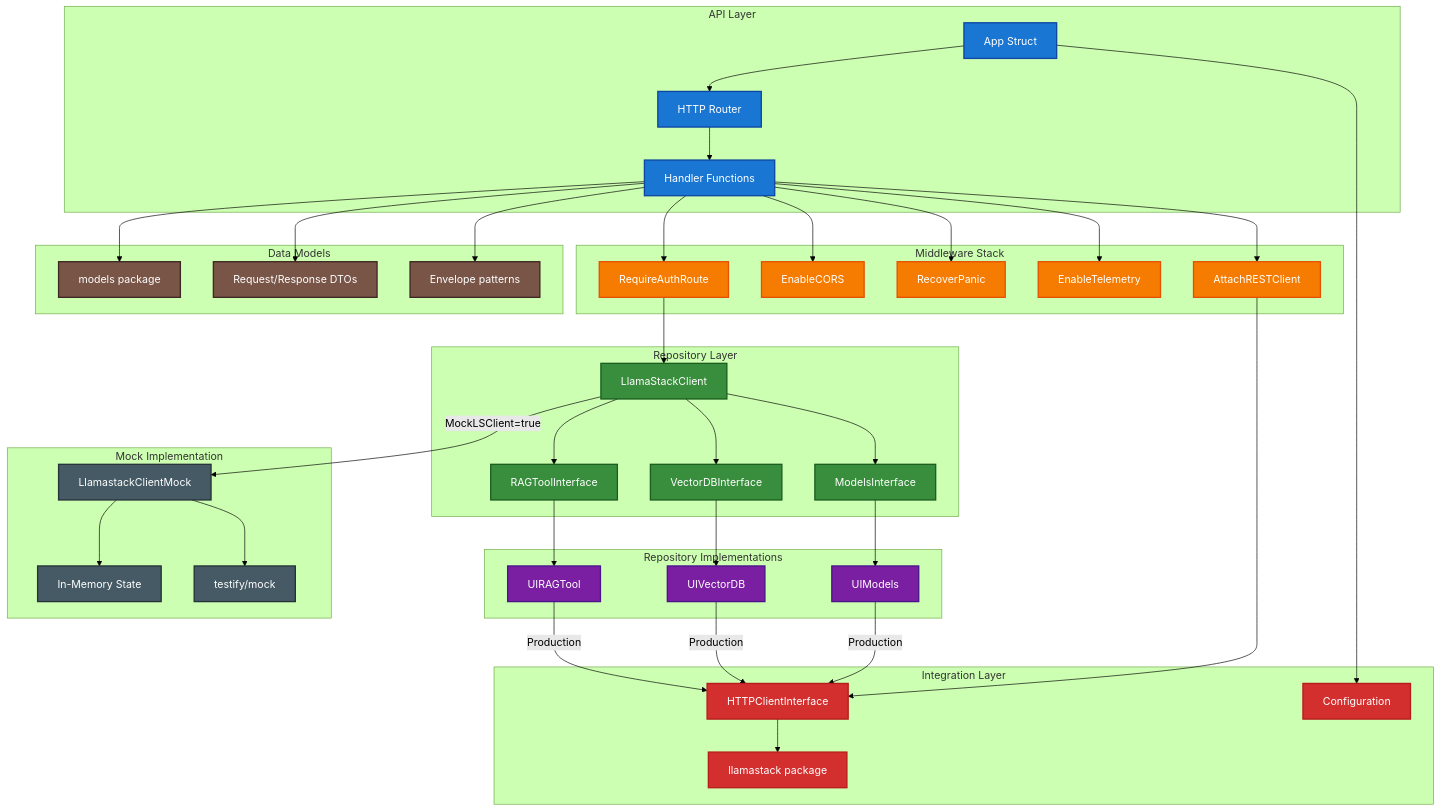
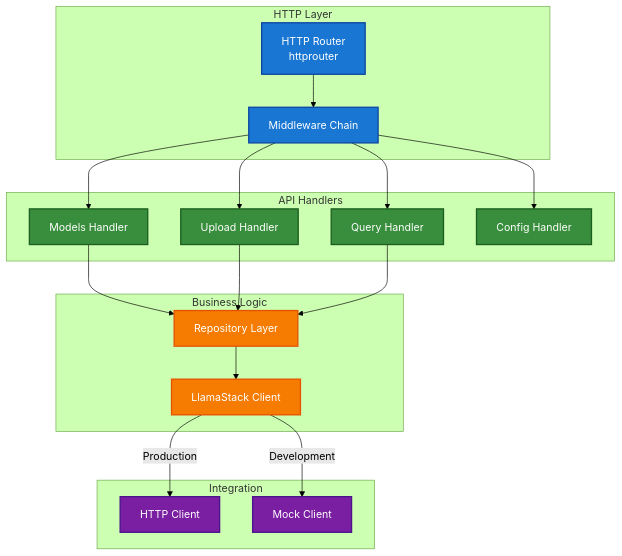
The third of 4 diagrams in frontend/packages/llama-stack-modular-ui/docs/adr/0002-bff-architecture-pattern.md (opendatahub-io/odh-dashboard), drawn with Mermaid (forest theme) before and after one commit. The commit also changed other lines of this file, not shown here.

Commit message:
docs: Refactor architecture diagrams for proper separation of concerns
- Simplify Architecture Overview to show only high-level components (UI, BFF, Mock, Llama Stack)
- Restructure Component Dependencies into focused sections for each main component
- Add Frontend Components diagram showing React UI and service layers
- Add BFF Components diagram showing HTTP layer, handlers, and business logic
- Add Llama Stack Components diagram showing model services and storage
- Remove overlapping details between architecture and component views
- Maintain clear visual hierarchy and proper scope separation

````diff
--- a/frontend/packages/llama-stack-modular-ui/docs/adr/0002-bff-architecture-pattern.md
+++ b/frontend/packages/llama-stack-modular-ui/docs/adr/0002-bff-architecture-pattern.md
@@ -177,98 +139,48 @@
 ```mermaid
 graph TB
-    subgraph "API Layer"
-        App[App Struct]
-        Router[HTTP Router]
-        Handlers[Handler Functions]
+    subgraph "HTTP Layer"
+        Router[HTTP Router<br/>httprouter]
+        Middleware[Middleware Chain]
     end
     
-    subgraph "Middleware Stack"
-        AuthMW[RequireAuthRoute]
-        CORS[EnableCORS]
-        Recovery[RecoverPanic]
-        Telemetry[EnableTelemetry]
-        RESTClient[AttachRESTClient]
+    subgraph "API Handlers"
+        ModelsH[Models Handler]
+        UploadH[Upload Handler]
+        QueryH[Query Handler]
+        ConfigH[Config Handler]
     end
     
-    subgraph "Repository Layer"
-        LSClient[LlamaStackClient]
-        ModelsIF[ModelsInterface]
-        VectorDBIF[VectorDBInterface]
-        RAGIF[RAGToolInterface]
+    subgraph "Business Logic"
+        Repos[Repository Layer]
+        LlamaStackClient[LlamaStack Client]
     end
     
-    subgraph "Repository Implementations"
-        UIModels[UIModels]
-        UIVectorDB[UIVectorDB]
-        UIRAGTool[UIRAGTool]
+    subgraph "Integration"
+        HTTPClient[HTTP Client]
+        MockClient[Mock Client]
     end
     
-    subgraph "Mock Implementation"
-        MockLS[LlamastackClientMock]
-        MockState[In-Memory State]
-        TestifyMock[testify/mock]
-    end
+    Router --> Middleware
+    Middleware --> ModelsH
+    Middleware --> UploadH
+    Middleware --> QueryH
+    Middleware --> ConfigH
     
-    subgraph "Integration Layer"
-        HTTPClient[HTTPClientInterface]
-        LlamaStackInteg[llamastack package]
-        ConfigMgmt[Configuration]
-    end
+    ModelsH --> Repos
+    UploadH --> Repos
+    QueryH --> Repos
     
-    subgraph "Data Models"
-        Models[models package]
-        Requests[Request/Response DTOs]
-        Envelopes[Envelope patterns]
-    end
+    Repos --> LlamaStackClient
+    LlamaStackClient -->|Production| HTTPClient
+    LlamaStackClient -->|Development| MockClient
     
-    App --> Router
-    Router --> Handlers
-    Handlers --> AuthMW
-    Handlers --> CORS
-    Handlers --> Recovery
-    Handlers --> Telemetry
-    Handlers --> RESTClient
+    classDef http fill:#1976d2,stroke:#0d47a1,stroke-width:2px,color:#ffffff
+    classDef handlers fill:#388e3c,stroke:#1b5e20,stroke-width:2px,color:#ffffff
+    classDef business fill:#f57c00,stroke:#e65100,stroke-width:2px,color:#ffffff
+    classDef integration fill:#7b1fa2,stroke:#4a148c,stroke-width:2px,color:#ffffff
     
-    AuthMW --> LSClient
-    RESTClient --> HTTPClient
-    
-    LSClient --> ModelsIF
-    LSClient --> VectorDBIF
-    LSClient --> RAGIF
-    
-    ModelsIF --> UIModels
-    VectorDBIF --> UIVectorDB
-    RAGIF --> UIRAGTool
-    
-    LSClient -->|MockLSClient=true| MockLS
-    MockLS --> MockState
-    MockLS --> TestifyMock
-    
-    UIModels -->|Production| HTTPClient
-    UIVectorDB -->|Production| HTTPClient
-    UIRAGTool -->|Production| HTTPClient
-    
-    HTTPClient --> LlamaStackInteg
-    
-    Handlers --> Models
-    Handlers --> Requests
-    Handlers --> Envelopes
-    
-    App --> ConfigMgmt
-    
-    classDef api fill:#1976d2,stroke:#0d47a1,stroke-width:2px,color:#ffffff
-    classDef middleware fill:#f57c00,stroke:#e65100,stroke-width:2px,color:#ffffff
-    classDef repository fill:#388e3c,stroke:#1b5e20,stroke-width:2px,color:#ffffff
-    classDef implementation fill:#7b1fa2,stroke:#4a148c,stroke-width:2px,color:#ffffff
-    classDef mock fill:#455a64,stroke:#263238,stroke-width:2px,color:#ffffff
-    classDef integration fill:#d32f2f,stroke:#b71c1c,stroke-width:2px,color:#ffffff
-    classDef models fill:#795548,stroke:#3e2723,stroke-width:2px,color:#ffffff
-    
-    class App,Router,Handlers api
-    class AuthMW,CORS,Recovery,Telemetry,RESTClient middleware
-    class LSClient,ModelsIF,VectorDBIF,RAGIF repository
-    class UIModels,UIVectorDB,UIRAGTool implementation
-    class MockLS,MockState,TestifyMock mock
-    class HTTPClient,LlamaStackInteg,ConfigMgmt integration
-    class Models,Requests,Envelopes models
+    class Router,Middleware http
+    class ModelsH,UploadH,QueryH,ConfigH handlers
+    class Repos,LlamaStackClient business
+    class HTTPClient,MockClient integration
 ```
````
